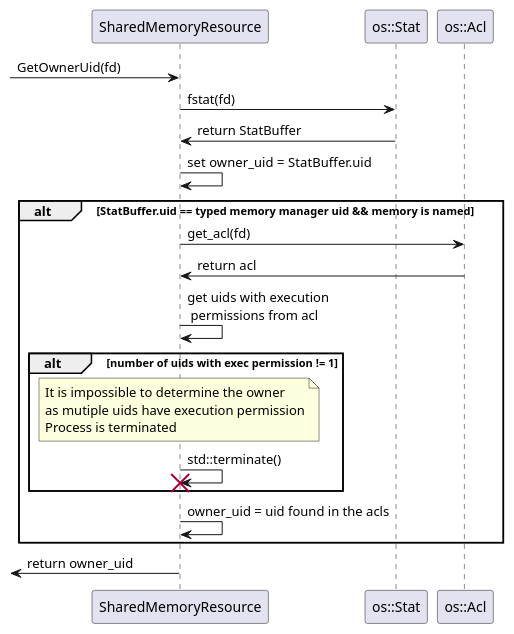
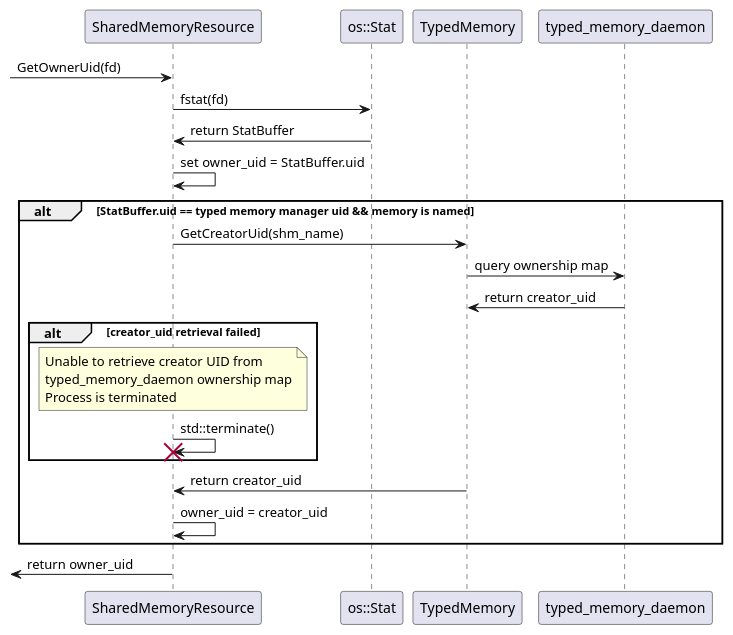
One commit to eclipse-score/communication changed the diagram in score/memory/design/shared_memory/get_owner_uid_seq.puml. Above: the diagram before and after it, drawn with PlantUML. The commit also changed 1 other file, not shown here.

```diff
--- a/score/memory/design/shared_memory/get_owner_uid_seq.puml
+++ b/score/memory/design/shared_memory/get_owner_uid_seq.puml
@@ -1,34 +1,35 @@
 @startuml GetOwnerUid
 
-participant SharedMemoryResource 
+participant SharedMemoryResource
 participant "os::Stat" as os
-participant "os::Acl" as acl
+participant TypedMemory
+participant "typed_memory_daemon" as tmd
 
 [->  SharedMemoryResource: GetOwnerUid(fd)
 SharedMemoryResource -> os : fstat(fd)
 os -> SharedMemoryResource: return StatBuffer
 
 SharedMemoryResource -> SharedMemoryResource: set owner_uid = StatBuffer.uid
 
 alt StatBuffer.uid == typed memory manager uid && memory is named
-    SharedMemoryResource -> acl: get_acl(fd)
-    acl -> SharedMemoryResource: return acl
+    SharedMemoryResource -> TypedMemory: GetCreatorUid(shm_name)
+    TypedMemory -> tmd: query ownership map
+    tmd -> TypedMemory: return creator_uid
 
-    SharedMemoryResource -> SharedMemoryResource: get uids with execution \n permissions from acl
-
-    alt number of uids with exec permission != 1
+    alt creator_uid retrieval failed
         note over SharedMemoryResource
-        It is impossible to determine the owner
-        as mutiple uids have execution permission
+        Unable to retrieve creator UID from
+        typed_memory_daemon ownership map
         Process is terminated
         endnote
         SharedMemoryResource -> SharedMemoryResource: std::terminate()
         destroy SharedMemoryResource
     end
 
-    SharedMemoryResource -> SharedMemoryResource: owner_uid = uid found in the acls
+    TypedMemory -> SharedMemoryResource: return creator_uid
+    SharedMemoryResource -> SharedMemoryResource: owner_uid = creator_uid
 end
 
 SharedMemoryResource ->[: return owner_uid
 
 @enduml
```
